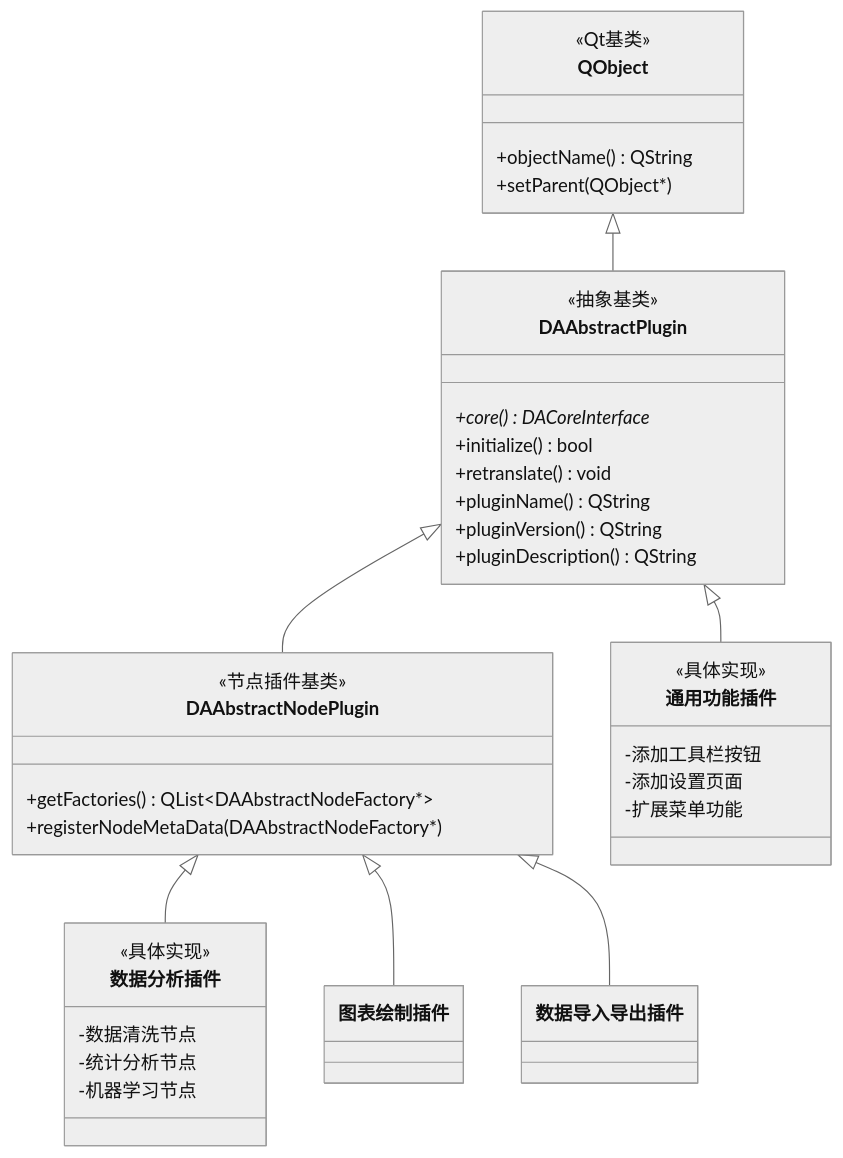
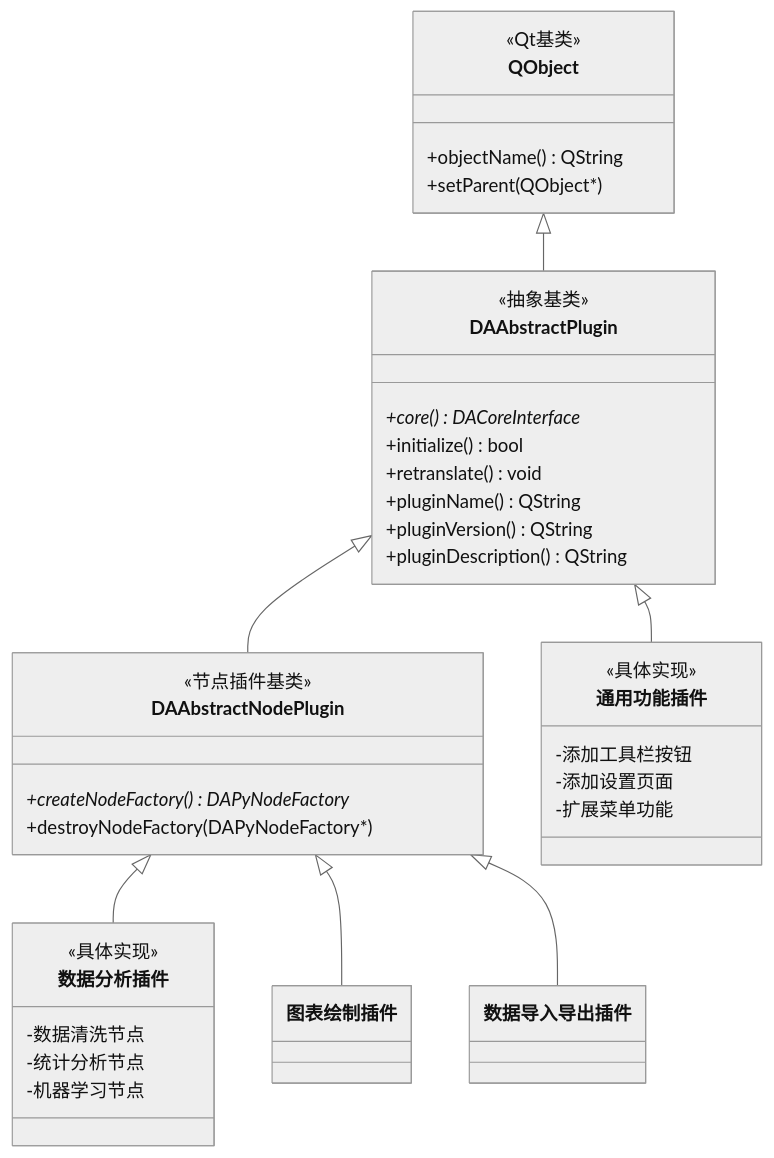
Before and after one commit to czyt1988/data-workbench: the second of 4 diagrams in docs/zh/plugin-system.md, drawn with Mermaid (neutral theme). The commit also changed other lines of this file and 13 other files, not shown here.

````diff
--- a/docs/zh/plugin-system.md
+++ b/docs/zh/plugin-system.md
@@ -264,46 +264,46 @@
 ```mermaid
 classDiagram
     direction TB
     QObject <|-- DAAbstractPlugin
     DAAbstractPlugin <|-- DAAbstractNodePlugin
     DAAbstractPlugin <|-- 通用功能插件
     DAAbstractNodePlugin <|-- 数据分析插件
     DAAbstractNodePlugin <|-- 图表绘制插件
     DAAbstractNodePlugin <|-- 数据导入导出插件
     
     class QObject {
         <<Qt基类>>
         +objectName() QString
         +setParent(QObject*)
     }
     
     class DAAbstractPlugin {
         <<抽象基类>>
         +core() DACoreInterface*
         +initialize() bool
         +retranslate() void
         +pluginName() QString
         +pluginVersion() QString
         +pluginDescription() QString
     }
     
     class DAAbstractNodePlugin {
         <<节点插件基类>>
-        +getFactories() QList~DAAbstractNodeFactory*~
-        +registerNodeMetaData(DAAbstractNodeFactory*)
+        +createNodeFactory() DAPyNodeFactory*
+        +destroyNodeFactory(DAPyNodeFactory*)
     }
     
     class 通用功能插件 {
         <<具体实现>>
         -添加工具栏按钮
         -添加设置页面
         -扩展菜单功能
     }
     
     class 数据分析插件 {
         <<具体实现>>
         -数据清洗节点
         -统计分析节点
         -机器学习节点
     }
 ```
````
